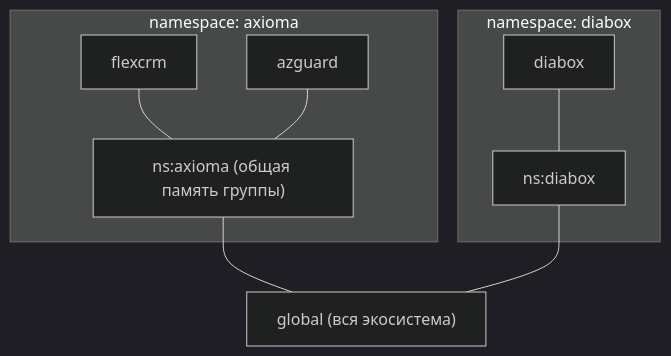
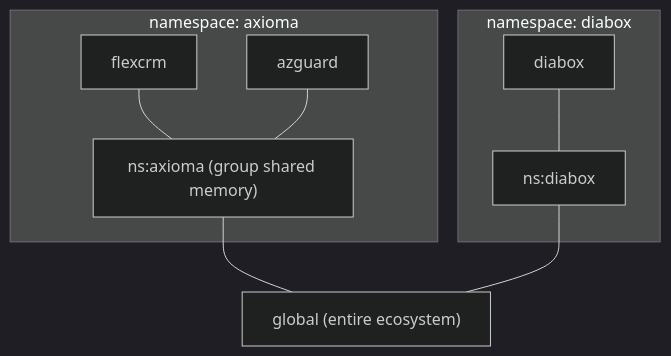
Before and after one commit to academici/swissknifeman: the fourth of 4 diagrams in packages/maind/docs/guide/how-it-works.md, drawn with Mermaid (dark theme). The commit also changed other lines of this file and 1553 other files, not shown here.

````diff
--- a/packages/maind/docs/guide/how-it-works.md
+++ b/packages/maind/docs/guide/how-it-works.md
@@ -109,18 +109,18 @@
 ```mermaid
 graph TB
   subgraph axioma["namespace: axioma"]
     FX["flexcrm"]
     AZ["azguard"]
-    NSA["ns:axioma (общая память группы)"]
+    NSA["ns:axioma (group shared memory)"]
     FX --- NSA
     AZ --- NSA
   end
   subgraph dbx["namespace: diabox"]
     DB["diabox"]
     NSD["ns:diabox"]
     DB --- NSD
   end
-  GL["global (вся экосистема)"]
+  GL["global (entire ecosystem)"]
   NSA --- GL
   NSD --- GL
 ```
````
